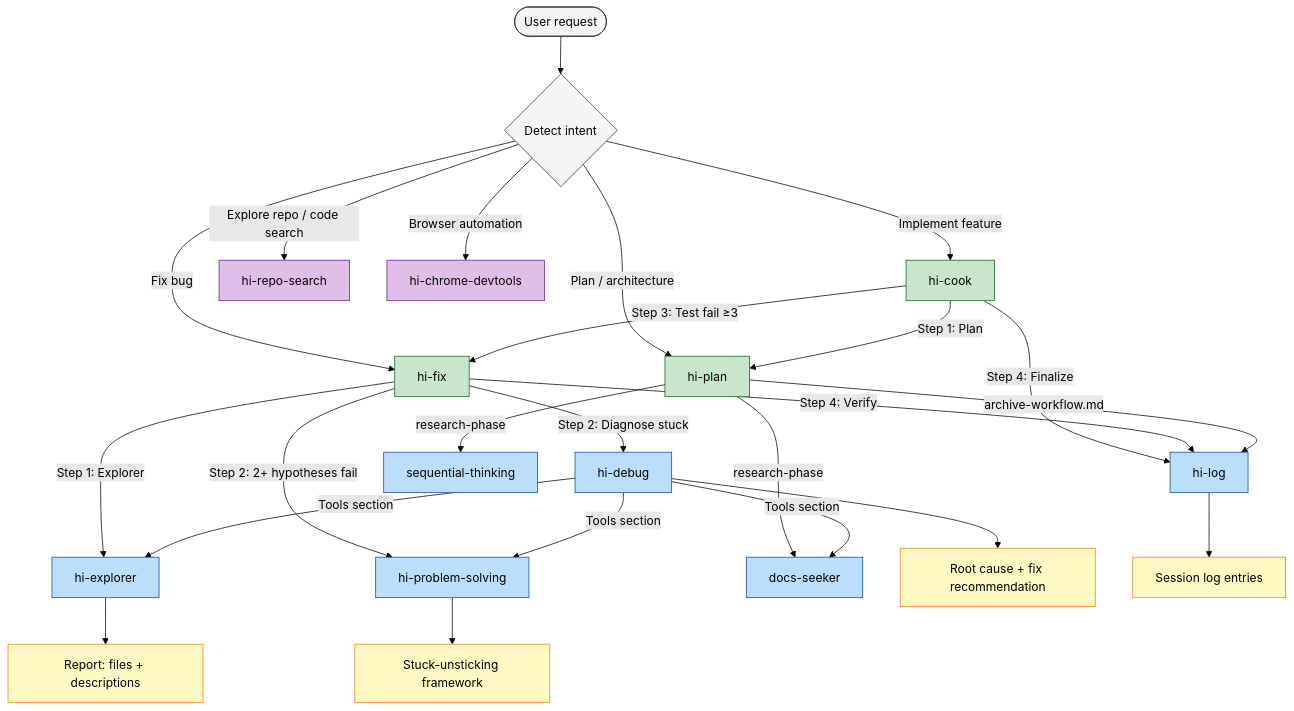
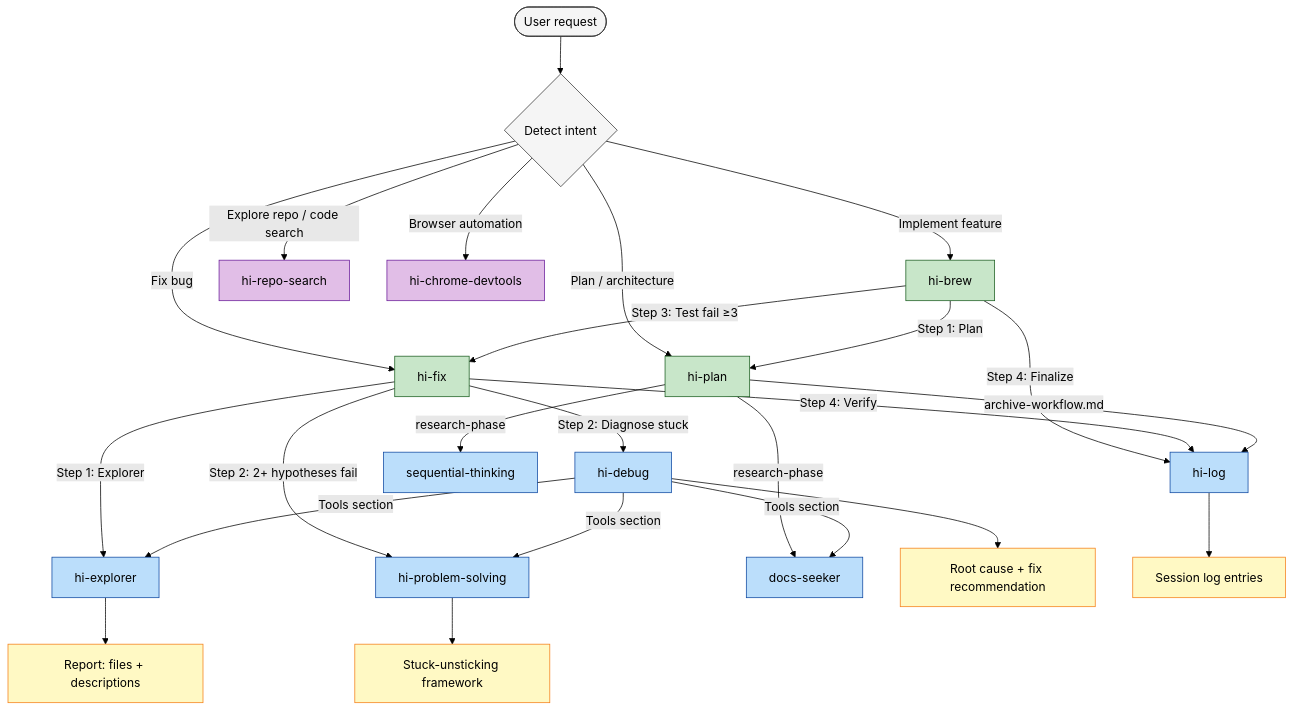
The seventh of 7 diagrams in devkit.md (baka3k/dev-kit), drawn with Mermaid (forest theme) before and after one commit. The commit also changed other lines of this file and 5 other files, not shown here.

````diff
--- a/devkit.md
+++ b/devkit.md
@@ -183,45 +183,45 @@
 ```mermaid
 graph TD
     User([User request]) --> Detect{Detect intent}
 
-    Detect -->|Implement feature| Cook[hi-cook]
+    Detect -->|Implement feature| Brew[hi-brew]
     Detect -->|Fix bug| Fix[hi-fix]
     Detect -->|Plan / architecture| Plan[hi-plan]
     Detect -->|Explore repo / code search| RepoSearch[hi-repo-search]
     Detect -->|Browser automation| Chrome[hi-chrome-devtools]
 
-    Cook -->|Step 1: Plan| Plan
-    Cook -->|Step 3: Test fail ≥3| Fix
-    Cook -->|Step 4: Finalize| Log[hi-log]
+    Brew -->|Step 1: Plan| Plan
+    Brew -->|Step 3: Test fail ≥3| Fix
+    Brew -->|Step 4: Finalize| Log[hi-log]
 
     Fix -->|Step 1: Explorer| explorer[hi-explorer]
     Fix -->|Step 2: Diagnose stuck| Debug[hi-debug]
     Fix -->|Step 2: 2+ hypotheses fail| PS[hi-problem-solving]
     Fix -->|Step 4: Verify| Log
 
     Plan -->|research-phase| ST[sequential-thinking]
     Plan -->|research-phase| Docs[docs-seeker]
     Plan -->|archive-workflow.md| Log
 
     Debug -->|Tools section| explorer
     Debug -->|Tools section| Docs
     Debug -->|Tools section| PS
 
     explorer --> Output[Report: files + descriptions]
     Debug --> Output2[Root cause + fix recommendation]
     PS --> Output3[Stuck-unsticking framework]
     Log --> Output4[Session log entries]
 
     classDef primary fill:#c8e6c9,stroke:#1b5e20,color:#000
     classDef tool fill:#e1bee7,stroke:#6a1b9a,color:#000
     classDef linked fill:#bbdefb,stroke:#0d47a1,color:#000
     classDef leaf fill:#fff9c4,stroke:#f57f17,color:#000
     classDef endnode fill:#f5f5f5,stroke:#333,color:#000
 
-    class Cook,Fix,Plan primary
+    class Brew,Fix,Plan primary
     class RepoSearch,Chrome tool
     class explorer,Debug,Log,ST,Docs,PS linked
     class Output,Output2,Output3,Output4 leaf
     class User,Detect endnode
 
 ```
````
